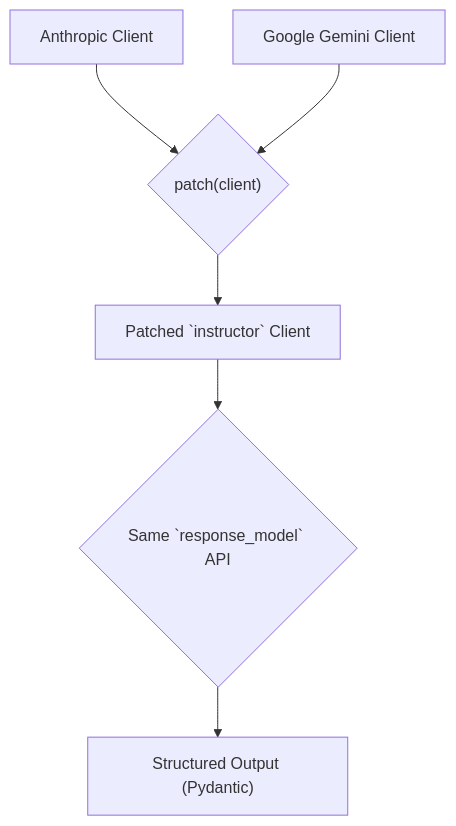
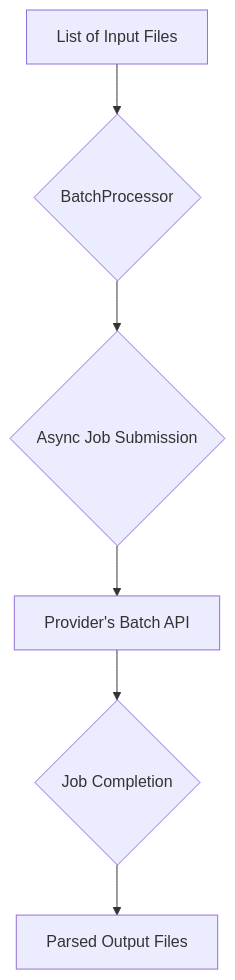
One commit to borailci/smolagents-quickstart-template changed the fifth of 6 diagrams in data/deep_agent/sub_agents_tutorials/tutorial_plan/tutorial_plan.md. Above: the diagram before and after it, drawn with Mermaid. The commit also changed other lines of this file and 122 other files, not shown here.

````diff
--- a/data/deep_agent/sub_agents_tutorials/tutorial_plan/tutorial_plan.md
+++ b/data/deep_agent/sub_agents_tutorials/tutorial_plan/tutorial_plan.md
@@ -94,8 +99,8 @@
     ```mermaid
     graph TD
-        A["Anthropic Client"] --> C{"patch(client)"};
-        B["Google Gemini Client"] --> C;
-        C --> D["Patched `instructor` Client"];
-        D --> E{Same `response_model` API};
-        E --> F["Structured Output (Pydantic)"];
+        A["List of Input Files"] --> B{"BatchProcessor"};
+        B --> C{"Async Job Submission"};
+        C --> D["Provider's Batch API"];
+        D --> E{"Job Completion"};
+        E --> F["Parsed Output Files"];
     ```
````
